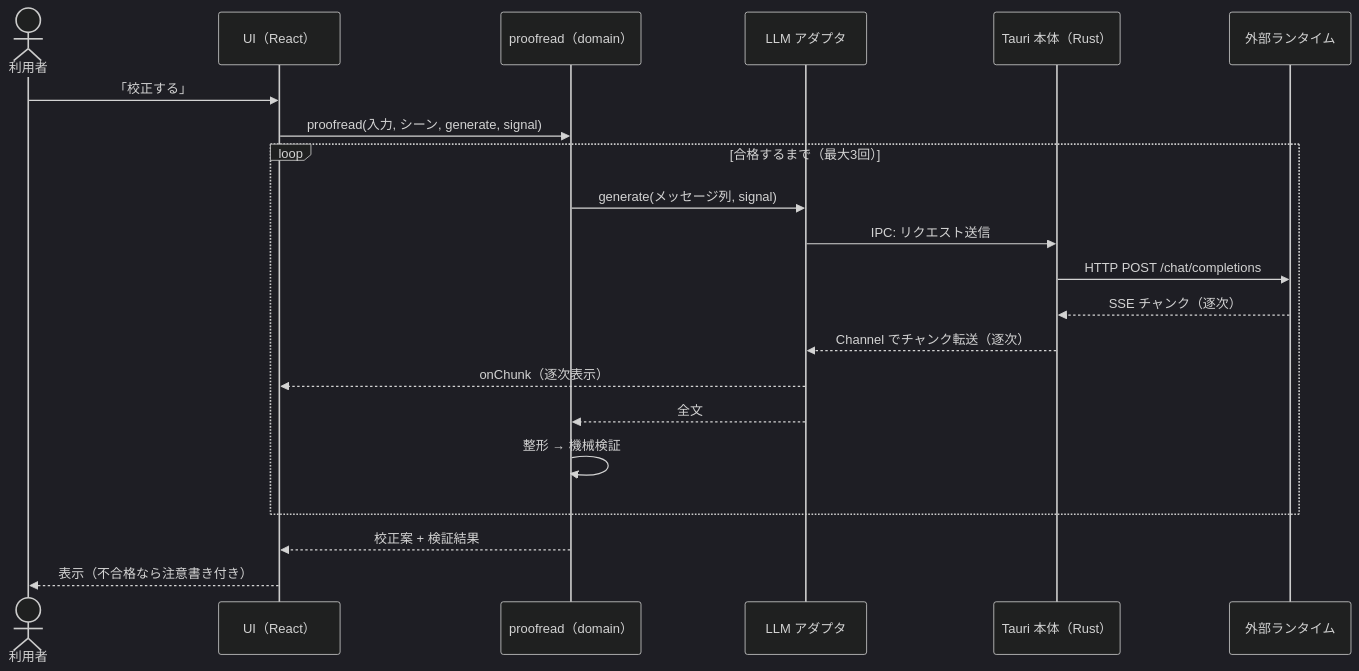
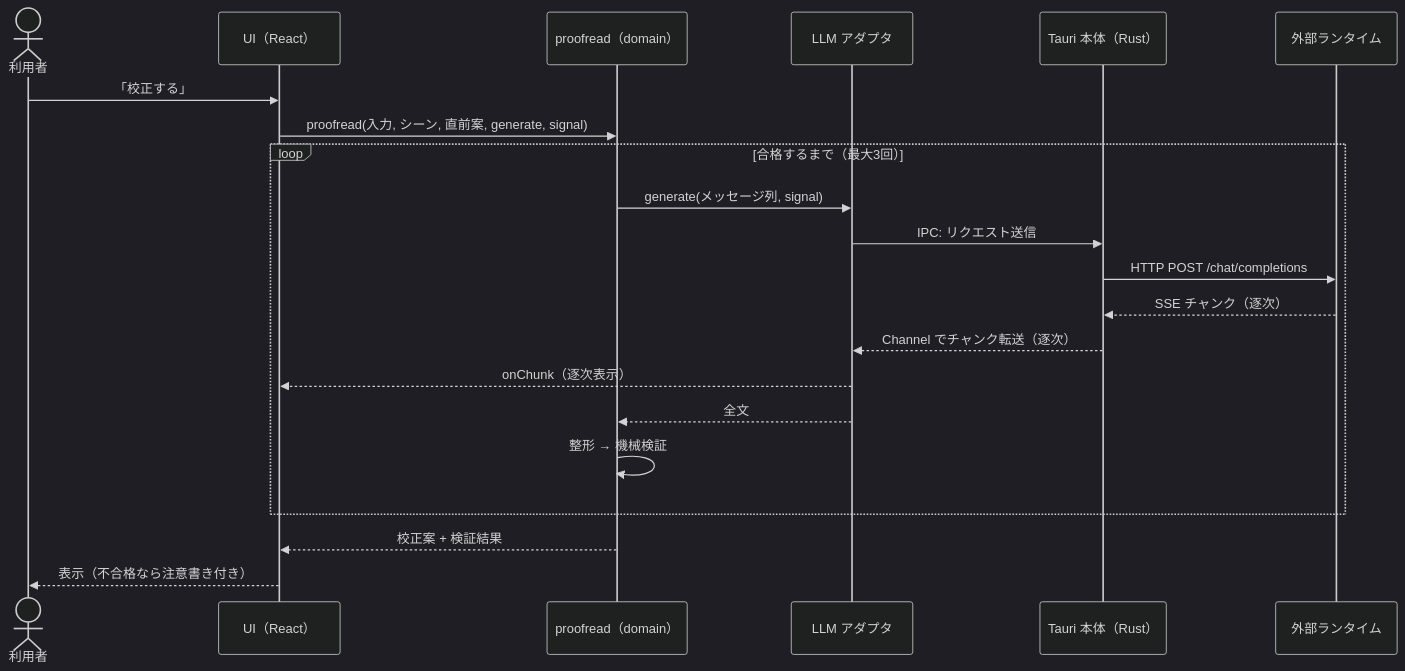
One commit to kkeisuke/message-proofreading changed the second of 2 diagrams in docs/design.md. Above: the diagram before and after it, drawn with Mermaid (dark theme). The commit also changed other lines of this file and 1 other file, not shown here.

````diff
--- a/docs/design.md
+++ b/docs/design.md
@@ -169,24 +182,24 @@
 ```mermaid
 sequenceDiagram
     actor user as 利用者
     participant ui as UI（React）
     participant dom as proofread（domain）
     participant llm as LLM アダプタ
     participant rust as Tauri 本体（Rust）
     participant rt as 外部ランタイム
 
     user->>ui: 「校正する」
-    ui->>dom: proofread(入力, シーン, generate, signal)
+    ui->>dom: proofread(入力, シーン, 直前案, generate, signal)
     loop 合格するまで（最大3回）
         dom->>llm: generate(メッセージ列, signal)
         llm->>rust: IPC: リクエスト送信
         rust->>rt: HTTP POST /chat/completions
         rt-->>rust: SSE チャンク（逐次）
         rust-->>llm: Channel でチャンク転送（逐次）
         llm-->>ui: onChunk（逐次表示）
         llm-->>dom: 全文
         dom->>dom: 整形 → 機械検証
     end
     dom-->>ui: 校正案 + 検証結果
     ui-->>user: 表示（不合格なら注意書き付き）
 ```
````
